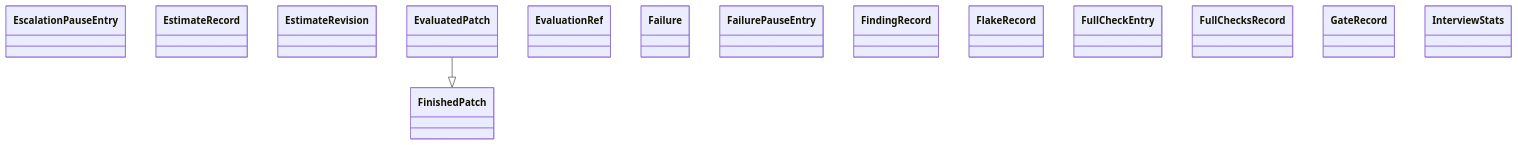
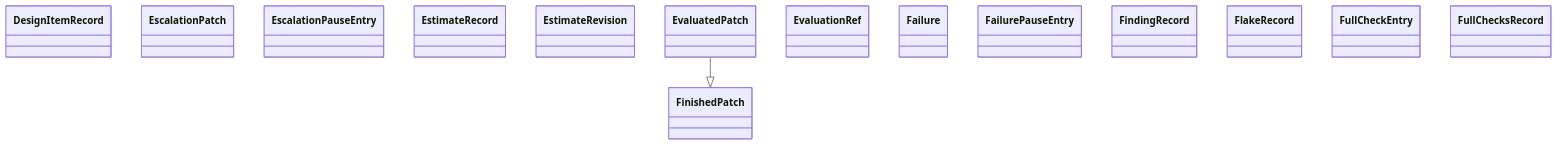
Before and after one commit to GonzaloZevallos/agentic-system: the diagram in docs/architecture/generated/classes-process-domain-state-4.md, drawn with Mermaid. The commit also changed other lines of this file and 15 other files, not shown here.

Commit message:
Regenerate architecture pages and cluster domain.lead_time

````diff
--- a/docs/architecture/generated/classes-process-domain-state-4.md
+++ b/docs/architecture/generated/classes-process-domain-state-4.md
@@ -24,18 +24,18 @@
 ```mermaid
 classDiagram
+    class task__DesignItemRecord["DesignItemRecord"]
+    class task__EscalationPatch["EscalationPatch"]
     class task__EscalationPauseEntry["EscalationPauseEntry"]
     class task__EstimateRecord["EstimateRecord"]
     class task__EstimateRevision["EstimateRevision"]
     class task__EvaluatedPatch["EvaluatedPatch"]
     class task__EvaluationRef["EvaluationRef"]
     class task__Failure["Failure"]
     class task__FailurePauseEntry["FailurePauseEntry"]
     class task__FindingRecord["FindingRecord"]
     class task__FinishedPatch["FinishedPatch"]
     class task__FlakeRecord["FlakeRecord"]
     class task__FullCheckEntry["FullCheckEntry"]
     class task__FullChecksRecord["FullChecksRecord"]
-    class task__GateRecord["GateRecord"]
-    class task__InterviewStats["InterviewStats"]
     task__EvaluatedPatch --|> task__FinishedPatch
 ```
````
